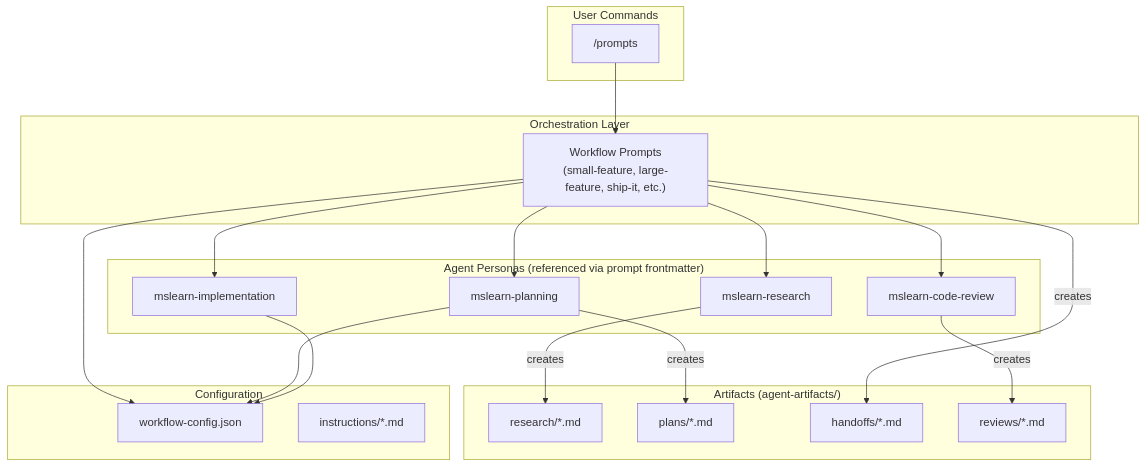
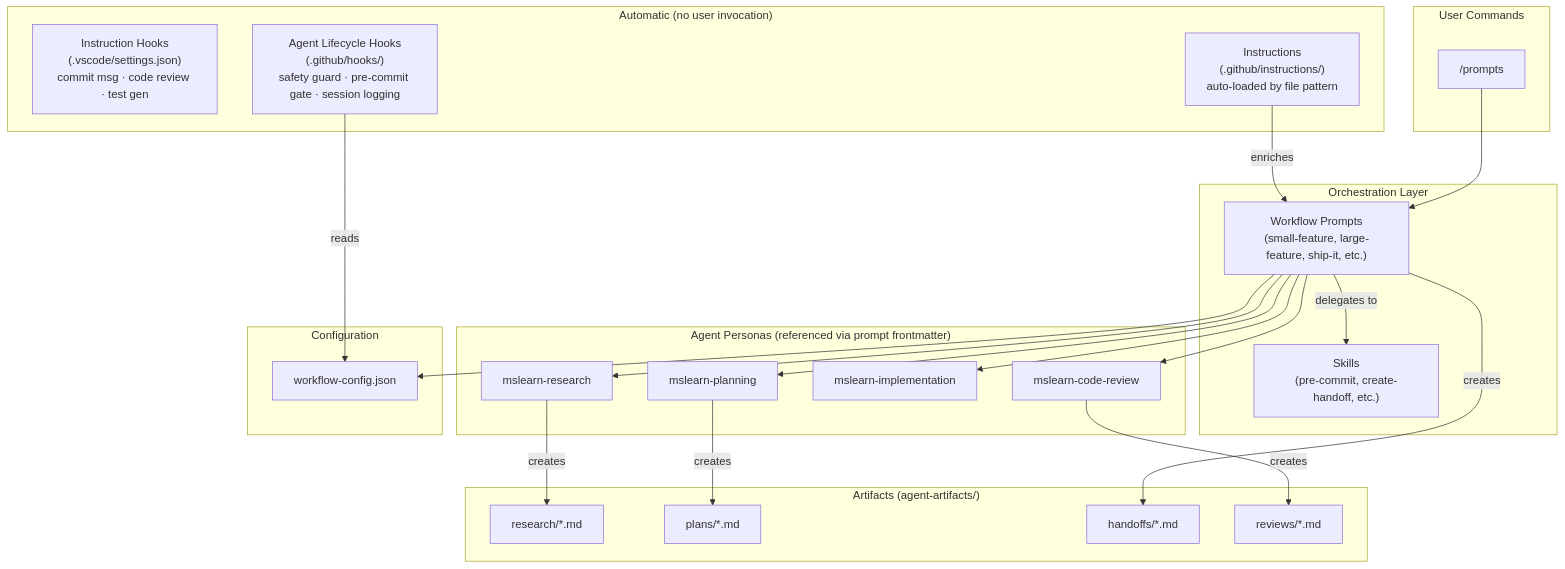
Before and after one commit to jwmunn/copilot-config: the first of 4 diagrams in README.md, drawn with Mermaid. The commit also changed other lines of this file and 2 other files, not shown here.

First line of the commit message:
feat(hooks): add sessionStart hook for Node.js setup in SWE agent

````diff
--- a/README.md
+++ b/README.md
@@ -108,33 +108,39 @@
 ```mermaid
 graph TB
     subgraph "User Commands"
         P["/prompts"]
     end
     
     subgraph "Orchestration Layer"
         P --> WF["Workflow Prompts<br/>(small-feature, large-feature, ship-it, etc.)"]
+        WF --> |delegates to| SK["Skills<br/>(pre-commit, create-handoff, etc.)"]
     end
     
     subgraph "Agent Personas (referenced via prompt frontmatter)"
         WF --> RA["mslearn-research"]
         WF --> PA["mslearn-planning"]
         WF --> IA["mslearn-implementation"]
         WF --> CR["mslearn-code-review"]
+    end
+    
+    subgraph "Automatic (no user invocation)"
+        HK_I["Instruction Hooks<br/>(.vscode/settings.json)<br/>commit msg · code review · test gen"]
+        HK_A["Agent Lifecycle Hooks<br/>(.github/hooks/)<br/>safety guard · pre-commit gate · session logging"]
+        INS["Instructions<br/>(.github/instructions/)<br/>auto-loaded by file pattern"]
     end
     
     subgraph "Artifacts (agent-artifacts/)"
         RA --> |creates| RES["research/*.md"]
         PA --> |creates| PLN["plans/*.md"]
         WF --> |creates| HND["handoffs/*.md"]
         CR --> |creates| REV["reviews/*.md"]
     end
     
     subgraph "Configuration"
         CFG["workflow-config.json"]
-        INS["instructions/*.md"]
     end
     
     WF --> CFG
-    PA --> CFG
-    IA --> CFG
+    HK_A --> |reads| CFG
+    INS --> |enriches| WF
 ```
````
